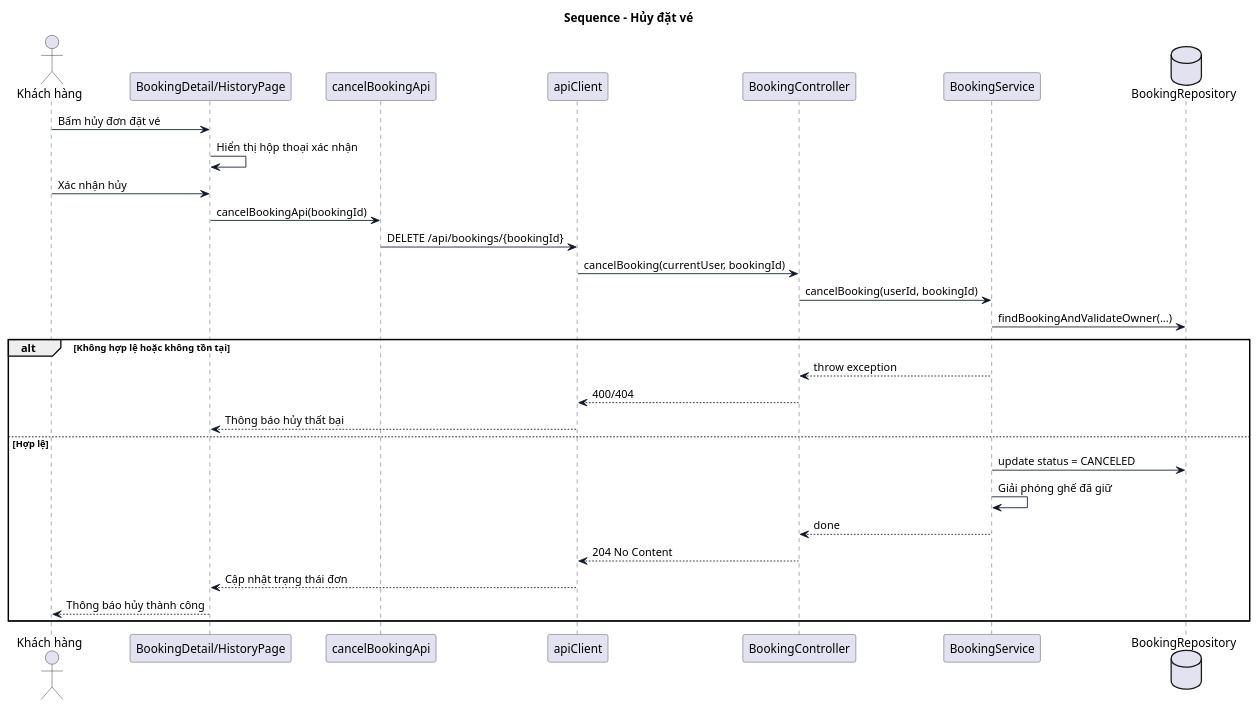
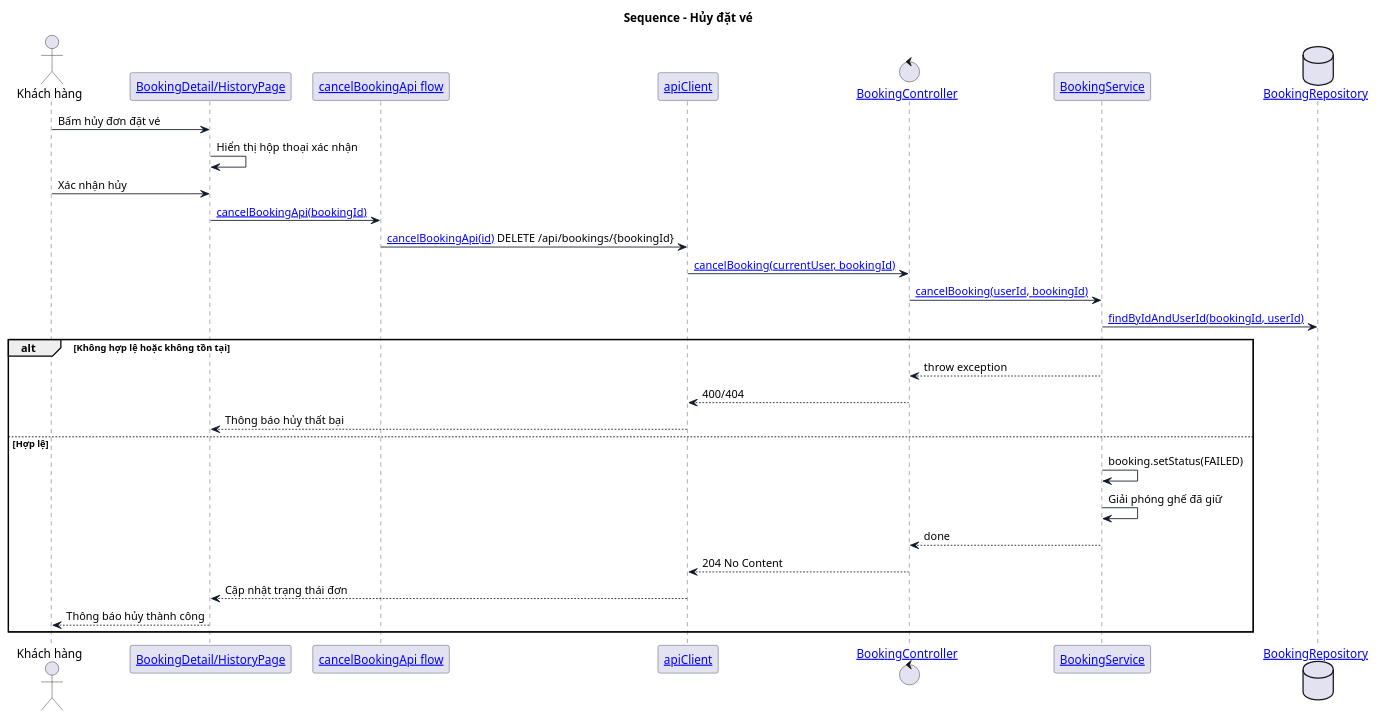
The diagram in uml/sequence/sequence-cancel-booking.puml (minhat5/MeCinema), drawn with PlantUML before and after one commit. The commit also changed 21 other files, not shown here.

Commit message:
add link to file in uml

```diff
--- a/uml/sequence/sequence-cancel-booking.puml
+++ b/uml/sequence/sequence-cancel-booking.puml
@@ -1,40 +1,40 @@
 @startuml
 skinparam shadowing false
 skinparam sequence {
   ArrowColor #0F172A
   LifeLineBorderColor #334155
   LifeLineBackgroundColor #F8FAFC
   ParticipantBorderColor #334155
 }
 
 title Sequence - Hủy đặt vé
 
 actor User as "Khách hàng"
-participant UI as "BookingDetail/HistoryPage"
-participant Hook as "cancelBookingApi"
-participant API as "apiClient"
-participant Ctl as "BookingController"
-participant Svc as "BookingService"
-database Repo as "BookingRepository"
+participant UI as "[[../../client/src/features/user/components/BookingDetailModal.tsx BookingDetail/HistoryPage]]"
+participant Hook as "[[../../client/src/features/booking/hooks/useBookingGuard.ts cancelBookingApi flow]]"
+participant API as "[[../../client/src/lib/api-client.ts apiClient]]"
+control Ctl as "[[../../src/main/java/com/mecinema/mecinema/controller/booking/BookingController.java BookingController]]"
+participant Svc as "[[../../src/main/java/com/mecinema/mecinema/service/BookingService.java BookingService]]"
+database Repo as "[[../../src/main/java/com/mecinema/mecinema/repo/BookingRepository.java BookingRepository]]"
 
 User -> UI: Bấm hủy đơn đặt vé
 UI -> UI: Hiển thị hộp thoại xác nhận
 User -> UI: Xác nhận hủy
-UI -> Hook: cancelBookingApi(bookingId)
-Hook -> API: DELETE /api/bookings/{bookingId}
-API -> Ctl: cancelBooking(currentUser, bookingId)
-Ctl -> Svc: cancelBooking(userId, bookingId)
-Svc -> Repo: findBookingAndValidateOwner(...)
+UI -> Hook: [[../../client/src/features/booking/hooks/useBookingGuard.ts cancelBookingApi(bookingId)]]
+Hook -> API: [[../../client/src/features/booking/services/booking.service.ts cancelBookingApi(id)]] DELETE /api/bookings/{bookingId}
+API -> Ctl: [[../../src/main/java/com/mecinema/mecinema/controller/booking/BookingController.java#L59 cancelBooking(currentUser, bookingId)]]
+Ctl -> Svc: [[../../src/main/java/com/mecinema/mecinema/service/BookingService.java cancelBooking(userId, bookingId)]]
+Svc -> Repo: [[../../src/main/java/com/mecinema/mecinema/repo/BookingRepository.java findByIdAndUserId(bookingId, userId)]]
 alt Không hợp lệ hoặc không tồn tại
   Svc --> Ctl: throw exception
   Ctl --> API: 400/404
   API --> UI: Thông báo hủy thất bại
 else Hợp lệ
-  Svc -> Repo: update status = CANCELED
+  Svc -> Svc: booking.setStatus(FAILED)
   Svc -> Svc: Giải phóng ghế đã giữ
   Svc --> Ctl: done
   Ctl --> API: 204 No Content
   API --> UI: Cập nhật trạng thái đơn
   UI --> User: Thông báo hủy thành công
 end
 @enduml
```
